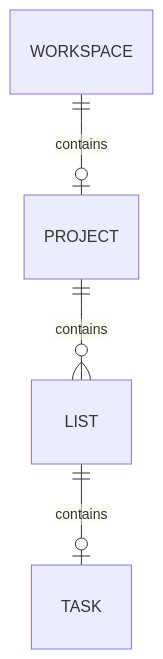
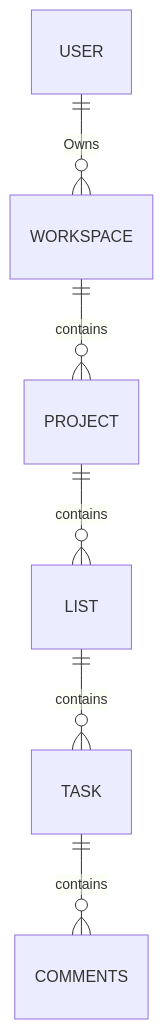
The first of 2 diagrams in Documentation/src/content/docs/erd.mdx (danielsarkwa/zello-c--backend), drawn with Mermaid before and after one commit. The commit also changed other lines of this file and 21 other files, not shown here.

````diff
--- a/Documentation/src/content/docs/erd.mdx
+++ b/Documentation/src/content/docs/erd.mdx
@@ -14,6 +14,8 @@
 ```mermaid
 erDiagram
-    WORKSPACE ||--o| PROJECT : contains
+    USER ||--o{ WORKSPACE : Owns
+    WORKSPACE ||--o{ PROJECT : contains
     PROJECT ||--o{ LIST : contains
-    LIST ||--o| TASK : contains
+    LIST ||--o{ TASK : contains
+    TASK ||--o{ COMMENTS : contains
 ```
````
